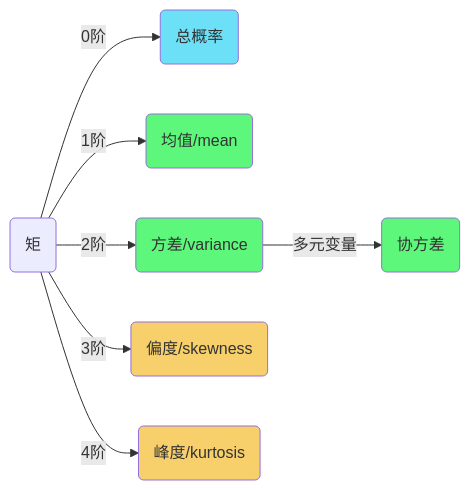
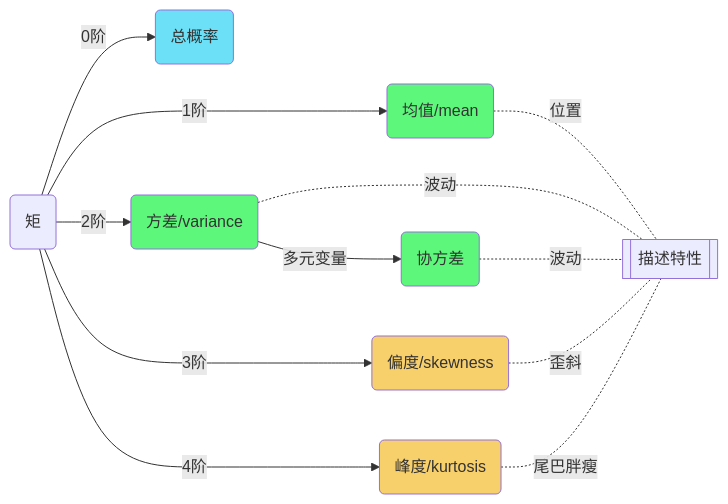
One commit to Gaohaoyang/gaohaoyang.github.io changed the diagram in _posts/2019-10-23-information-theory.md. Above: the diagram before and after it, drawn with Mermaid.

Commit message:
演进图优化

```diff
--- a/_posts/2019-10-23-information-theory.md
+++ b/_posts/2019-10-23-information-theory.md
@@ -165,28 +165,33 @@
 <div class="mermaid">
     graph LR
     %%根节点
     A(矩):::light
     %%颜色定义
     classDef red fill:#f02;
     classDef green fill:#5CF77B;
     classDef blue fill:#6BE0F7;
     classDef orange fill:#F7CF6B;
     classDef start fill:#C8D64B;
     %%节点关系定义
     A -->|0阶| B(总概率):::blue
     A -->|1阶| C(均值/mean):::green
+    C -.-|位置| O[[描述特性]]
     A -->|2阶| D(方差/variance):::green
     %%C -.->|依赖| D
+    D -.-|波动| O
     D -->|多元变量| E(协方差):::green
+    E -.-|波动| O
     A -->|3阶| F(偏度/skewness):::orange
+    F -.-|歪斜| O
     A -->|4阶| G(峰度/kurtosis):::orange
+    G -.-|尾巴胖瘦| O
 
     %%注释
     %%subgraph 图例
         direction TB
         %%x(当前sota):::red
         %%y(次sota):::orange
         %%z(重要模型):::green
         %%z -.->y -.->x
     %%end
 </div>
```
